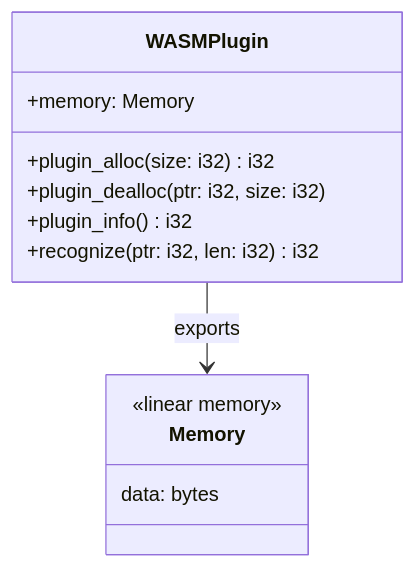
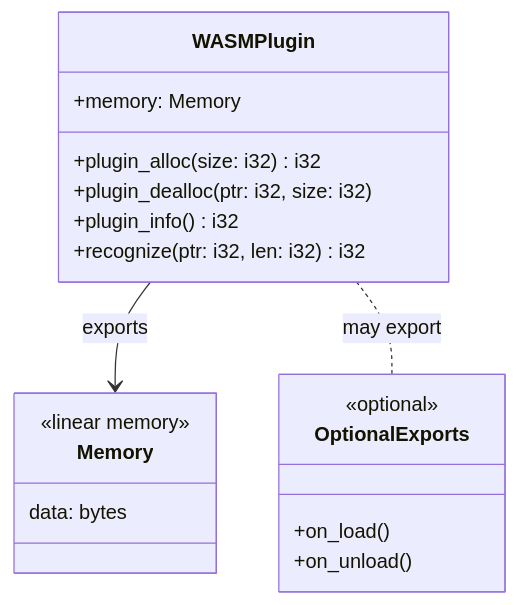
One commit to michalharakal/wasm-plugin-system changed diagram 11 of 13 in README.md. Above: the diagram before and after it, drawn with Mermaid. The commit also changed other lines of this file, not shown here.

First line of the commit message:
Update README to match actual codebase: fix versions, types, and extend diagrams

````diff
--- a/README.md
+++ b/README.md
@@ -278,17 +500,24 @@
 ```mermaid
 classDiagram
     class WASMPlugin {
         +memory: Memory
         +plugin_alloc(size: i32) i32
         +plugin_dealloc(ptr: i32, size: i32)
         +plugin_info() i32
         +recognize(ptr: i32, len: i32) i32
     }
 
+    class OptionalExports {
+        <<optional>>
+        +on_load()
+        +on_unload()
+    }
+
     class Memory {
         <<linear memory>>
         data: bytes
     }
 
     WASMPlugin --> Memory : exports
+    WASMPlugin .. OptionalExports : may export
 ```
````
